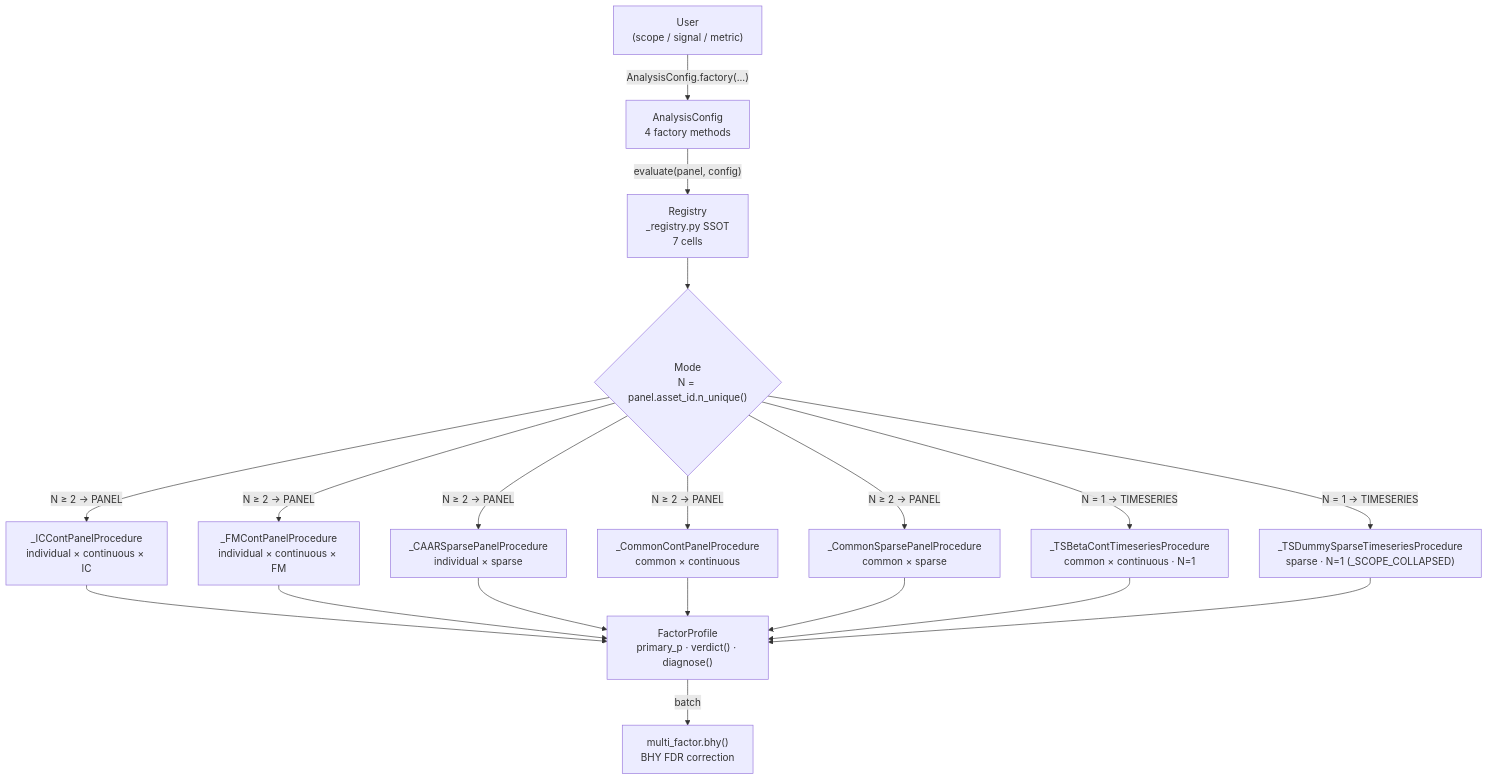
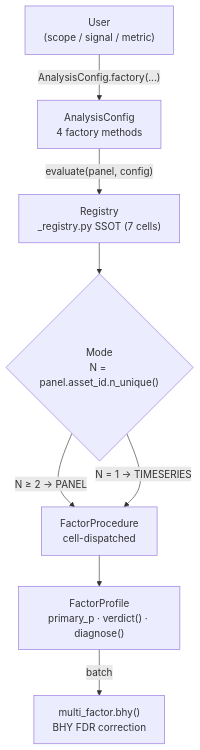
The diagram in docs/development/architecture.md (awwesomeman/factrix), drawn with Mermaid before and after one commit. The commit also changed other lines of this file and 2 other files, not shown here.

````diff
--- a/docs/development/architecture.md
+++ b/docs/development/architecture.md
@@ -20,26 +20,18 @@
 ```mermaid
 flowchart TD
-    User["User\n(scope / signal / metric)"]
-    AC["AnalysisConfig\n4 factory methods"]
-    REG["Registry\n_registry.py SSOT\n7 cells"]
-    MODE{"Mode\nN = panel.asset_id.n_unique()"}
-
-    P1["_ICContPanelProcedure\nindividual × continuous × IC"]
-    P2["_FMContPanelProcedure\nindividual × continuous × FM"]
-    P3["_CAARSparsePanelProcedure\nindividual × sparse"]
-    P4["_CommonContPanelProcedure\ncommon × continuous"]
-    P5["_CommonSparsePanelProcedure\ncommon × sparse"]
-    T1["_TSBetaContTimeseriesProcedure\ncommon × continuous · N=1"]
-    T2["_TSDummySparseTimeseriesProcedure\nsparse · N=1 (_SCOPE_COLLAPSED)"]
-
-    FP["FactorProfile\nprimary_p · verdict() · diagnose()"]
-    BHY["multi_factor.bhy()\nBHY FDR correction"]
+    User["User<br/>(scope / signal / metric)"]
+    AC["AnalysisConfig<br/>4 factory methods"]
+    REG["Registry<br/>_registry.py SSOT (7 cells)"]
+    MODE{"Mode<br/>N = panel.asset_id.n_unique()"}
+    PROC["FactorProcedure<br/>cell-dispatched"]
+    FP["FactorProfile<br/>primary_p · verdict() · diagnose()"]
+    BHY["multi_factor.bhy()<br/>BHY FDR correction"]
 
     User -->|"AnalysisConfig.factory(...)"| AC
     AC -->|"evaluate(panel, config)"| REG
     REG --> MODE
-    MODE -->|"N ≥ 2 → PANEL"| P1 & P2 & P3 & P4 & P5
-    MODE -->|"N = 1 → TIMESERIES"| T1 & T2
-    P1 & P2 & P3 & P4 & P5 & T1 & T2 --> FP
+    MODE -->|"N ≥ 2 → PANEL"| PROC
+    MODE -->|"N = 1 → TIMESERIES"| PROC
+    PROC --> FP
     FP -->|"batch"| BHY
 ```
````
